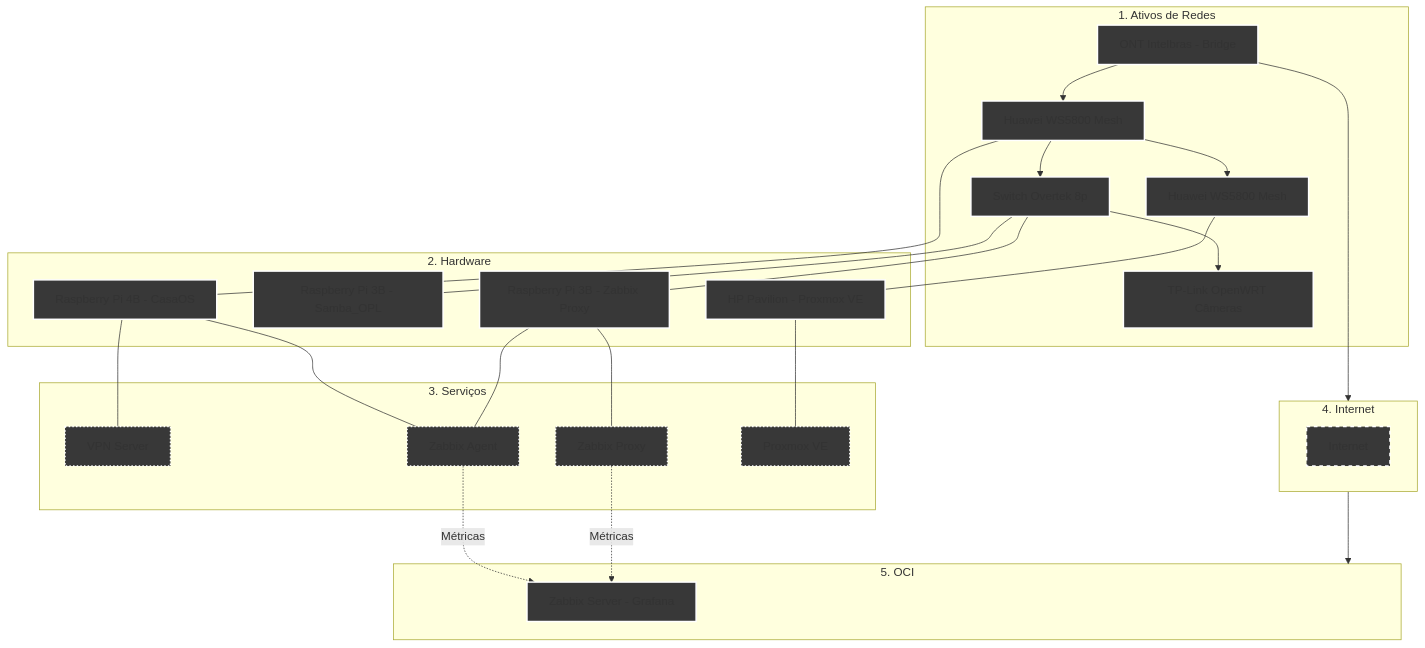
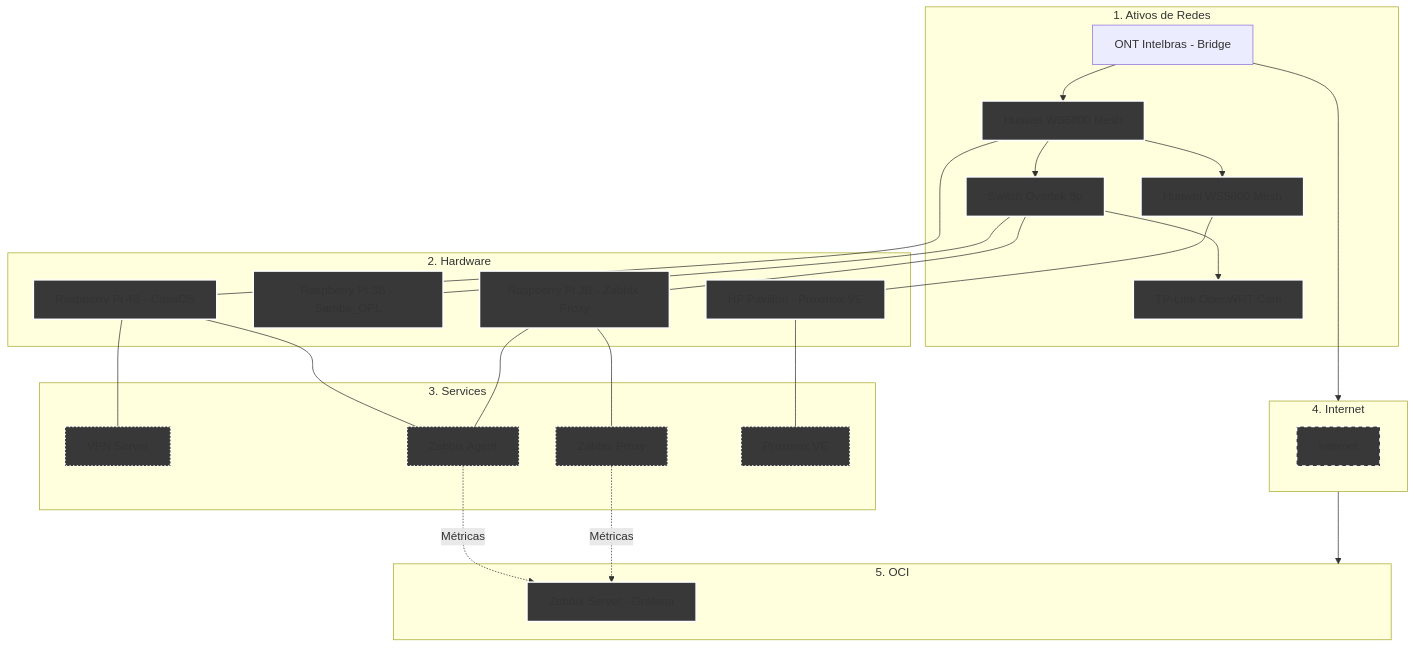
The diagram in Infraestructure/README.md (kevindexter22/Dr-Hardware-Autonet), drawn with Mermaid before and after one commit.

````diff
--- a/Infraestructure/README.md
+++ b/Infraestructure/README.md
@@ -13,53 +13,53 @@
 ```mermaid
 graph TD
     %% Styles
-    classDef rede fill:#383838,stroke:#FFFFFF,stroke-width:2px;
+    classDef network fill:#383838,stroke:#FFFFFF,stroke-width:2px;
     classDef hardware fill:#383838,stroke:#FFFFFF,stroke-width:2px;
     classDef internet fill:#383838,stroke:#FFFFFF,stroke-width:2px,stroke-dasharray: 5 5;
-    classDef serviços fill:#383838,stroke:#FFFFFF,stroke-width:2px, stroke-dasharray: 2 3;
+    classDef services fill:#383838,stroke:#FFFFFF,stroke-width:2px, stroke-dasharray: 2 3;
     classDef oci fill:#383838,stroke:#FFFFFF,stroke-width:2px;
 
     %% 1. ATIVOS DE REDE
     subgraph S1 [1. Ativos de Redes]
-        ONT[ONT Intelbras - Bridge]:::rede --> R_Mesh1[Huawei WS5800 Mesh]:::rede
-        R_Mesh1 --> R_Mesh2[Huawei WS5800 Mesh]:::rede
-        R_Mesh1 --> SW1[Switch Overtek 8p]:::rede
-        SW1 --> R_Cams[TP-Link OpenWRT Câmeras]:::rede
+        ONT[ONT Intelbras - Bridge]:::rede --> R_Mesh1[Huawei WS5800 Mesh]:::network
+        R_Mesh1 --> R_Mesh2[Huawei WS5800 Mesh]:::network
+        R_Mesh1 --> SW1[Switch Overtek 8p]:::network
+        SW1 --> R_Cams[TP-Link OpenWRT Cam]:::network
     end
 
     %% 2. HARDWARE
     subgraph S2 [2. Hardware]
         R_Mesh1 --- RPi4B[Raspberry Pi 4B - CasaOS]:::hardware
         SW1 --- RPi3B_1[Raspberry Pi 3B - Samba_OPL]:::hardware
         SW1 --- RPi3B_2[Raspberry Pi 3B - Zabbix Proxy]:::hardware
         R_Mesh2 --- HP[HP Pavilion - Proxmox VE]:::hardware
     end
 
-    %% 3. SERVIÇOS     
-    subgraph S3 [3. Serviços];
-        RPi4B --- VPN[VPN Server]:::serviços
-        RPi4B --- ZA[Zabbix Agent]:::serviços
-        RPi3B_2 --- ZA[Zabbix Agent]:::serviços
-        RPi3B_2 --- ZP[Zabbix Proxy]:::serviços
-        HP --- PVE[Proxmox VE]:::serviços        
+    %% 3. SERVICES     
+    subgraph S3 [3. Services];
+        RPi4B --- VPN[VPN Server]:::services
+        RPi4B --- ZA[Zabbix Agent]:::services
+        RPi3B_2 --- ZA[Zabbix Agent]:::services
+        RPi3B_2 --- ZP[Zabbix Proxy]:::services
+        HP --- PVE[Proxmox VE]:::services        
     end
 
-    %% 4. Internet (A PONTE)
+    %% 4. Internet (The Bridge)
     subgraph S4 [4. Internet]
            internet[Internet]:::internet
     end
 
-    %% 5. OCI
+    %% 5. Oracle Cloud Infrastructure
     subgraph S5 [5. OCI]
         ZS[Zabbix Server - Grafana]:::oci
     end
 
-    %% Conexões de Fluxo de Dados para manter a ordem
+    %% Conections of data flow
     ONT --> S4
     S4 --> S5
     
-    %% Relacionamentos lógicos (setas duplas para replicação)
+    %% Logical conections
     ZA -.-> |Métricas| ZS
     ZP -.-> |Métricas| ZS 
 
 ```
````
